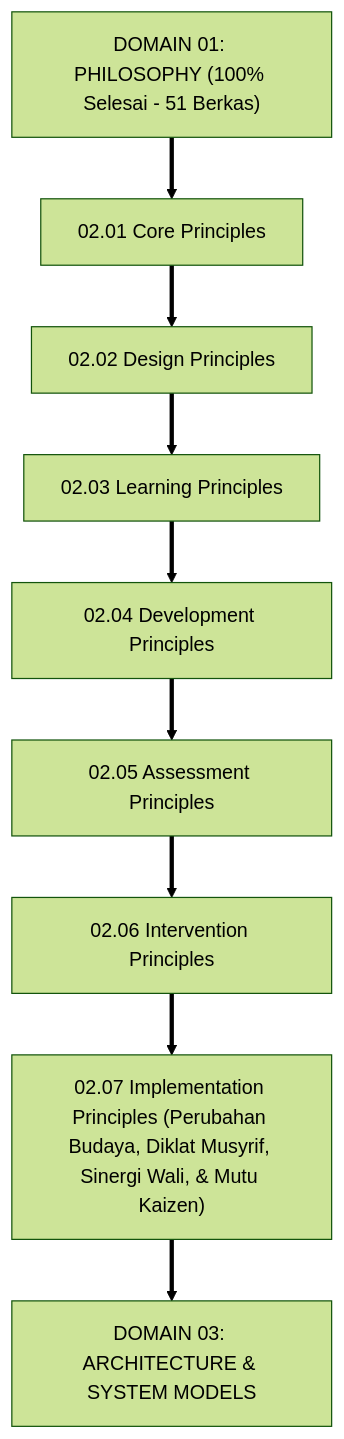
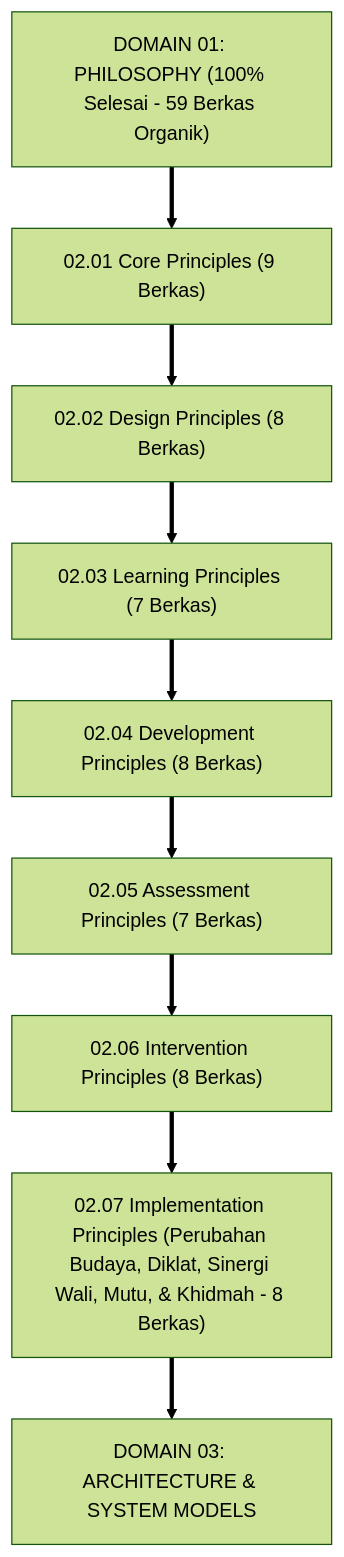
One commit to wandiapriliyandi/tumbuh changed the first of 3 diagrams in 02 Principles/07 Implementation Principles/P2-07-Prinsip-Implementasi-Lapangan-TUMBUH.md. Above: the diagram before and after it, drawn with Mermaid (forest theme). The commit also changed other lines of this file and 32 other files, not shown here.

Commit message:
feat(principles): expand organically Domain 02 Principles with non-uniform deep monographs (62 files total, max 10/sub-domain)

````diff
--- a/02 Principles/07 Implementation Principles/P2-07-Prinsip-Implementasi-Lapangan-TUMBUH.md
+++ b/02 Principles/07 Implementation Principles/P2-07-Prinsip-Implementasi-Lapangan-TUMBUH.md
@@ -50,14 +49,14 @@
 ```mermaid
 graph TD
-    D1["DOMAIN 01: PHILOSOPHY (100% Selesai - 51 Berkas)"]
-    ==> D2_01["02.01 Core Principles"]
-    D2_01 ==> D2_02["02.02 Design Principles"]
-    D2_02 ==> D2_03["02.03 Learning Principles"]
-    D2_03 ==> D2_04["02.04 Development Principles"]
-    D2_04 ==> D2_05["02.05 Assessment Principles"]
-    D2_05 ==> D2_06["02.06 Intervention Principles"]
+    D1["DOMAIN 01: PHILOSOPHY (100% Selesai - 59 Berkas Organik)"]
+    ==> D2_01["02.01 Core Principles (9 Berkas)"]
+    D2_01 ==> D2_02["02.02 Design Principles (8 Berkas)"]
+    D2_02 ==> D2_03["02.03 Learning Principles (7 Berkas)"]
+    D2_03 ==> D2_04["02.04 Development Principles (8 Berkas)"]
+    D2_04 ==> D2_05["02.05 Assessment Principles (7 Berkas)"]
+    D2_05 ==> D2_06["02.06 Intervention Principles (8 Berkas)"]
     
-    D2_06 ==> D2_07["02.07 Implementation Principles (Perubahan Budaya, Diklat Musyrif, Sinergi Wali, & Mutu Kaizen)"]
+    D2_06 ==> D2_07["02.07 Implementation Principles (Perubahan Budaya, Diklat, Sinergi Wali, Mutu, & Khidmah - 8 Berkas)"]
     
     D2_07 ==> D3["DOMAIN 03: ARCHITECTURE & SYSTEM MODELS"]
 ```
````
